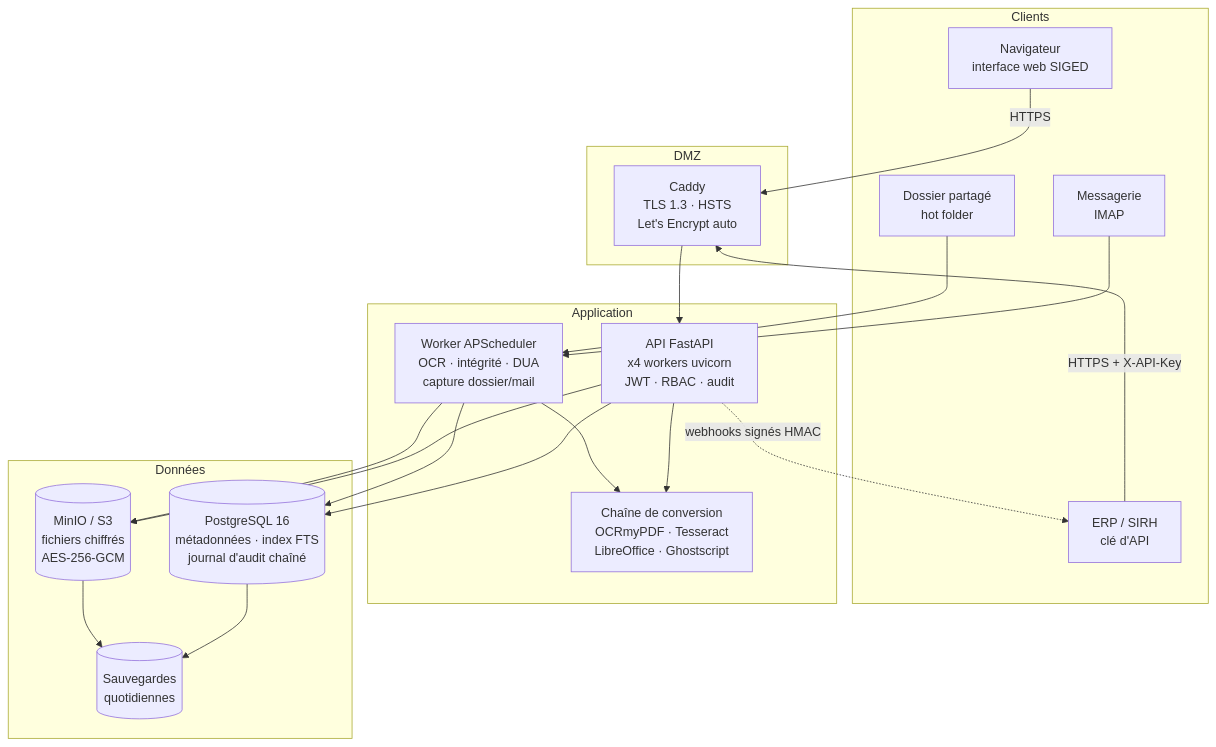
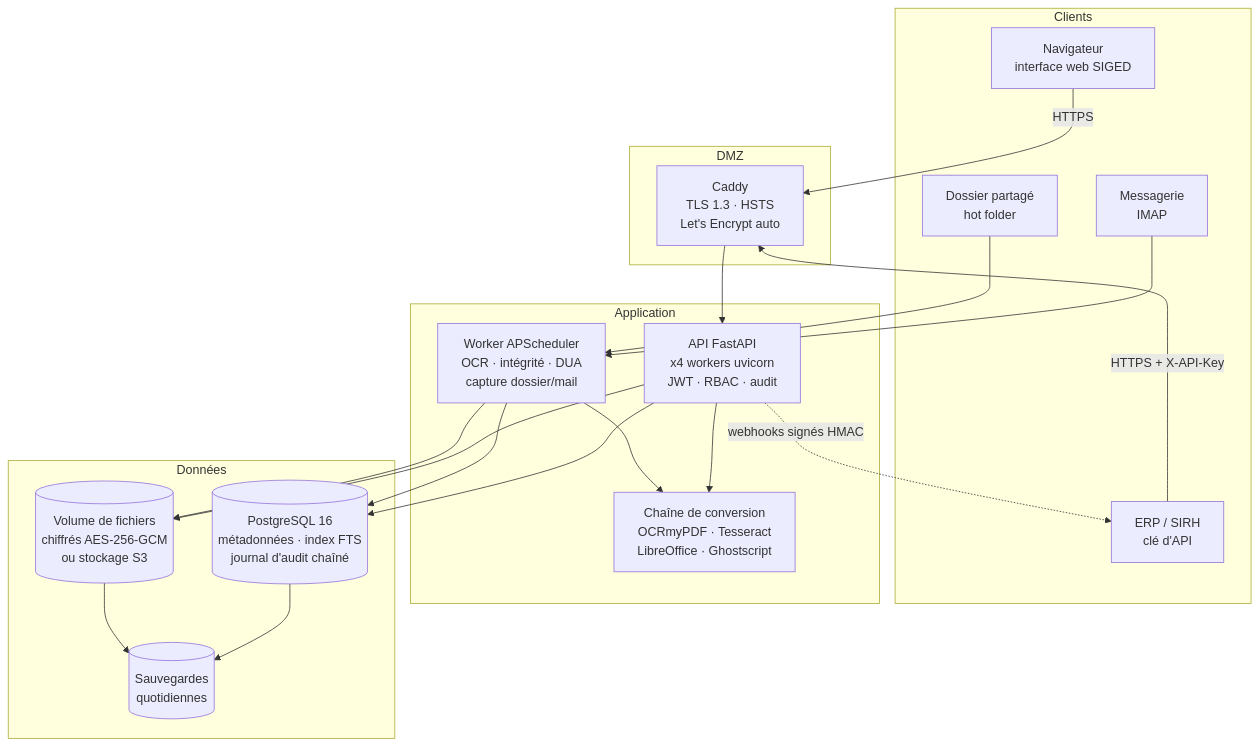
One commit to levy-kombila/siged changed the diagram in docs/diagrammes/architecture.mmd. Above: the diagram before and after it, drawn with Mermaid. The commit also changed 18 other files, not shown here.

First line of the commit message:
Stockage : volume Docker chiffré à la place de MinIO (images retirées)

```diff
--- a/docs/diagrammes/architecture.mmd
+++ b/docs/diagrammes/architecture.mmd
@@ -1,34 +1,34 @@
 flowchart TB
   subgraph Clients
     U[Navigateur<br/>interface web SIGED]
     ERP[ERP / SIRH<br/>clé d'API]
     MAIL[Messagerie<br/>IMAP]
     DIR[Dossier partagé<br/>hot folder]
   end
   subgraph DMZ
     NG[Caddy<br/>TLS 1.3 · HSTS<br/>Let's Encrypt auto]
   end
   subgraph Application
     API[API FastAPI<br/>x4 workers uvicorn<br/>JWT · RBAC · audit]
     WK[Worker APScheduler<br/>OCR · intégrité · DUA<br/>capture dossier/mail]
     CV[Chaîne de conversion<br/>OCRmyPDF · Tesseract<br/>LibreOffice · Ghostscript]
   end
   subgraph Données
     PG[(PostgreSQL 16<br/>métadonnées · index FTS<br/>journal d'audit chaîné)]
-    S3[(MinIO / S3<br/>fichiers chiffrés<br/>AES-256-GCM)]
+    S3[(Volume de fichiers<br/>chiffrés AES-256-GCM<br/>ou stockage S3)]
     BK[(Sauvegardes<br/>quotidiennes)]
   end
   U -->|HTTPS| NG
   ERP -->|HTTPS + X-API-Key| NG
   NG --> API
   MAIL --> WK
   DIR --> WK
   API --> CV
   WK --> CV
   API --> PG
   API --> S3
   WK --> PG
   WK --> S3
   API -.->|webhooks signés HMAC| ERP
   PG --> BK
   S3 --> BK
```
